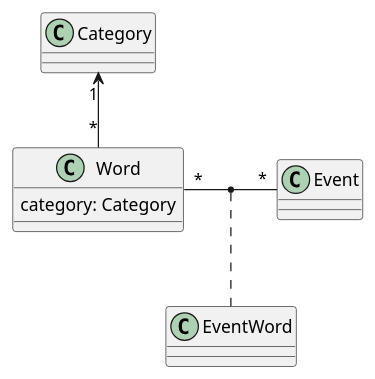
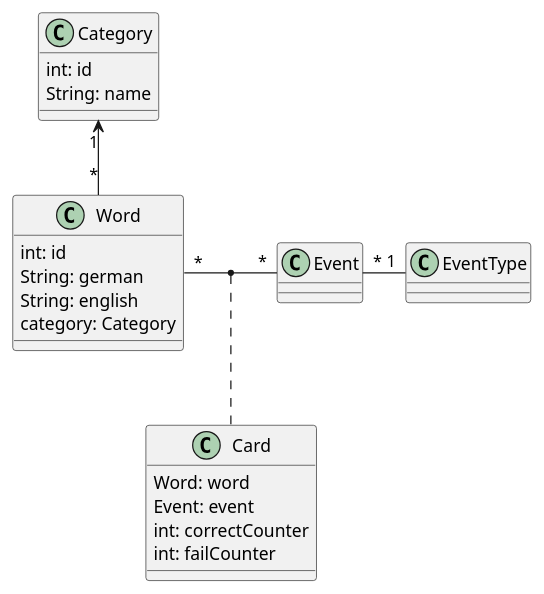
Before and after one commit to 1920-3ahitm-itp/02-project-repositories-vokabellernprogramm: the first of 2 diagrams in asciidocs/index.adoc, drawn with PlantUML. The commit also changed other lines of this file and 6 other files, not shown here.

First line of the commit message:
overworked entity diagram (class diagram)

```diff
--- a/asciidocs/index.adoc
+++ b/asciidocs/index.adoc
@@ -29,15 +25,28 @@
 [plantuml,CLD,png]
 ----
 @startuml
+class Category {
+  int: id
+  String: name
+}
 class Word {
+  int: id
+  String: german
+  String: english
   category: Category
 }
+class EventType
 class Event
-class EventWord
-class Category
+class Card {
+  Word: word
+  Event: event
+  int: correctCounter
+  int: failCounter
+}
 
 Word "*" -up-> "1" Category
 Word "*" -right- "*" Event
-(Word, Event) . EventWord
+(Word, Event) . Card
+Event "*" -right- "1" EventType
 @enduml
 ----
```
